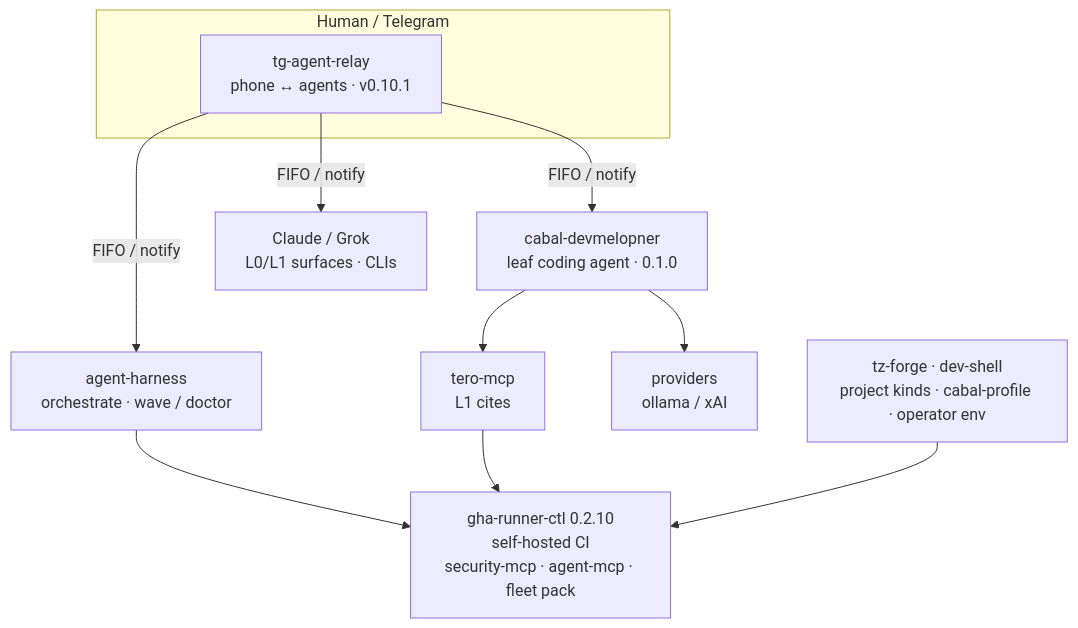
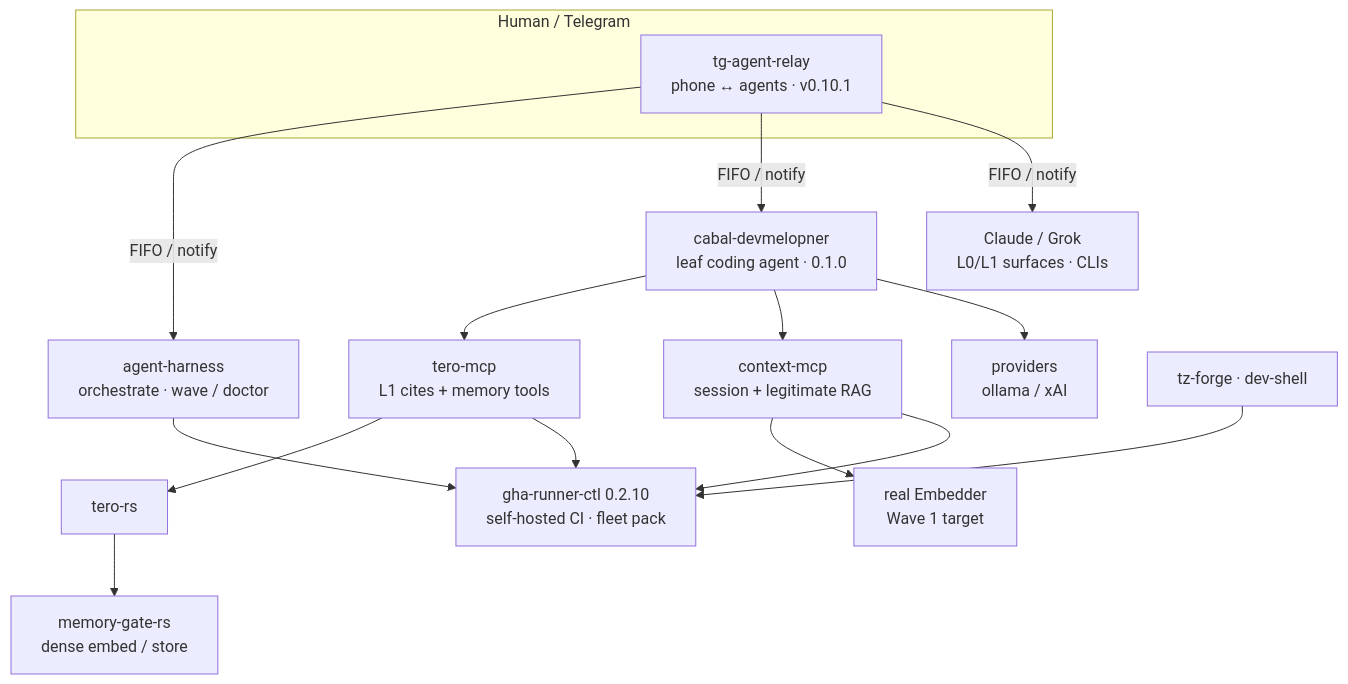
The first of 2 diagrams in docs/TOOLING_STACK_READINESS.md (tzervas/cabal-devmelopner), drawn with Mermaid before and after one commit. The commit also changed other lines of this file and 1 other file, not shown here.

First line of the commit message:
docs(1.0): tools-first order + memory pipeline (context-mcp / tero-rs / mg-rs)

````diff
--- a/docs/TOOLING_STACK_READINESS.md
+++ b/docs/TOOLING_STACK_READINESS.md
@@ -12,23 +12,29 @@
 ```mermaid
 flowchart TB
   subgraph phone["Human / Telegram"]
     RELAY["tg-agent-relay<br/>phone ↔ agents · v0.10.1"]
   end
 
   RELAY -->|"FIFO / notify"| HARNESS
   RELAY -->|"FIFO / notify"| CABAL
   RELAY -->|"FIFO / notify"| SURF
 
   HARNESS["agent-harness<br/>orchestrate · wave / doctor"]
   CABAL["cabal-devmelopner<br/>leaf coding agent · 0.1.0"]
   SURF["Claude / Grok<br/>L0/L1 surfaces · CLIs"]
 
-  CABAL --> TERO["tero-mcp<br/>L1 cites"]
+  CABAL --> TERO["tero-mcp<br/>L1 cites + memory tools"]
+  CABAL --> CTX["context-mcp<br/>session + legitimate RAG"]
   CABAL --> PROV["providers<br/>ollama / xAI"]
+
+  TERO --> TRS["tero-rs"]
+  TRS --> MGRS["memory-gate-rs<br/>dense embed / store"]
+  CTX --> EMB["real Embedder<br/>Wave 1 target"]
 
   HARNESS --> GHA
   TERO --> GHA
-  GHA["gha-runner-ctl 0.2.10<br/>self-hosted CI<br/>security-mcp · agent-mcp · fleet pack"]
+  CTX --> GHA
+  GHA["gha-runner-ctl 0.2.10<br/>self-hosted CI · fleet pack"]
 
-  HOST["tz-forge · dev-shell<br/>project kinds · cabal-profile · operator env"] --> GHA
+  HOST["tz-forge · dev-shell"] --> GHA
 ```
````
